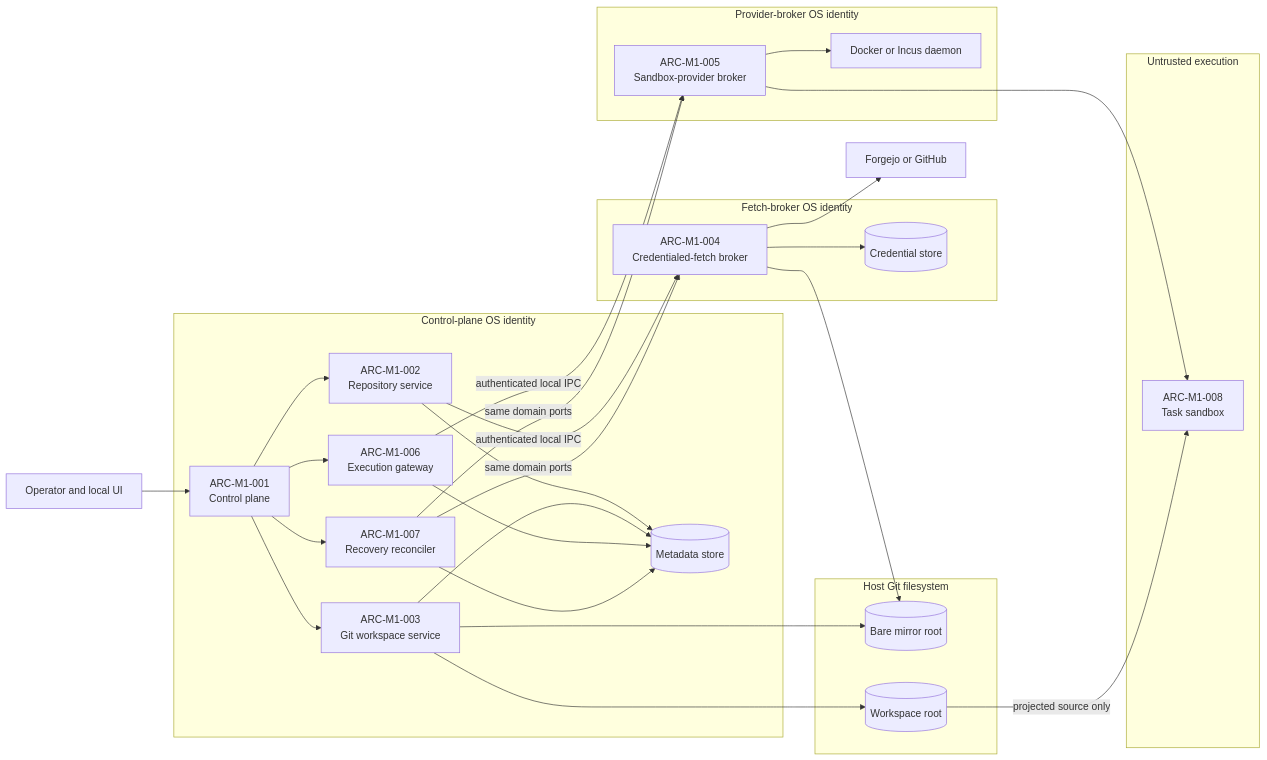
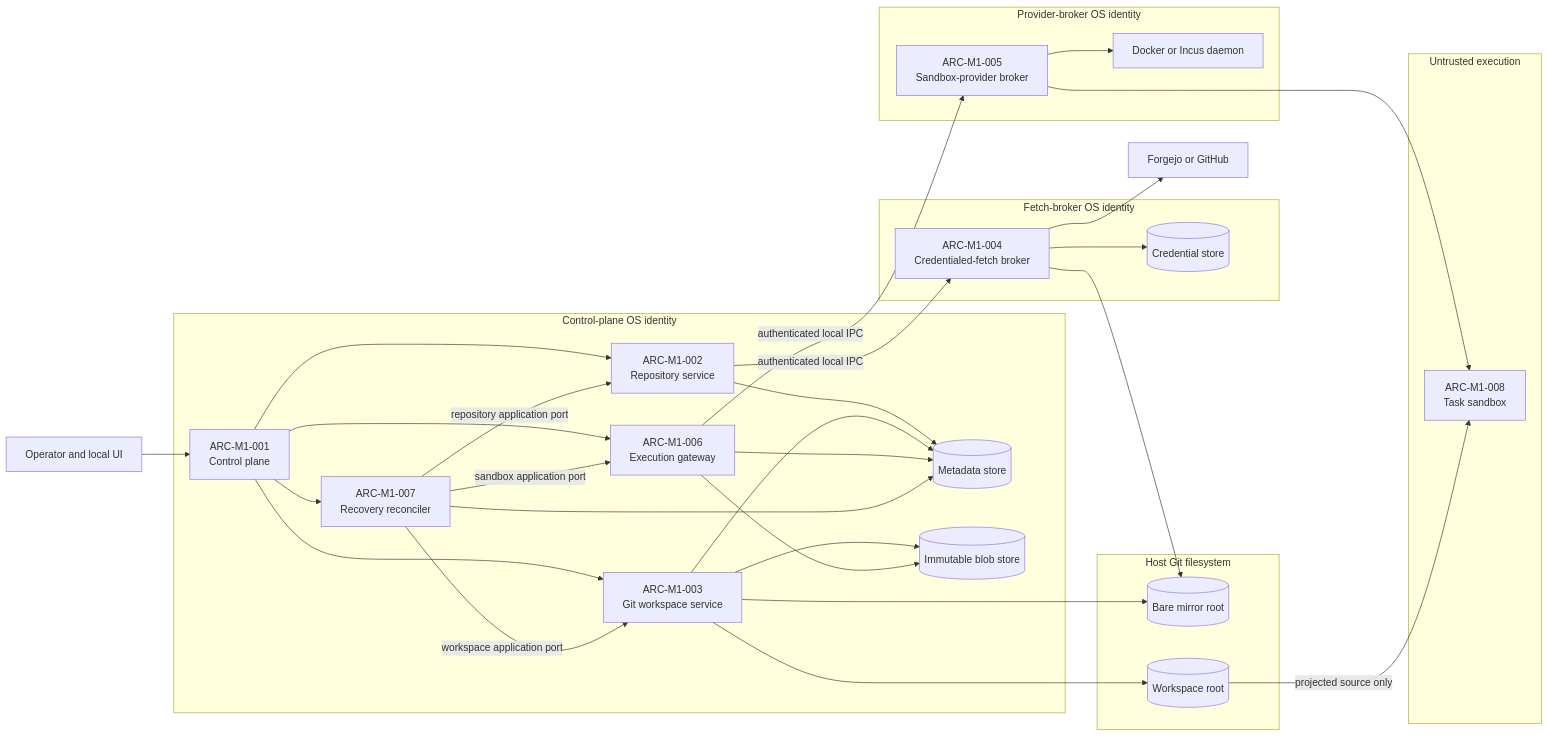
The diagram in docs/architecture/boundaries-M1.md (ansami-dev/agnest), drawn with Mermaid before and after one commit. The commit also changed other lines of this file and 3 other files, not shown here.

First line of the commit message:
docs: address architecture review findings

````diff
--- a/docs/architecture/boundaries-M1.md
+++ b/docs/architecture/boundaries-M1.md
@@ -24,56 +24,60 @@
 ```mermaid
 flowchart LR
     O[Operator and local UI]
 
     subgraph CP[Control-plane OS identity]
         API[ARC-M1-001<br/>Control plane]
         REPO[ARC-M1-002<br/>Repository service]
         GIT[ARC-M1-003<br/>Git workspace service]
         EXEC[ARC-M1-006<br/>Execution gateway]
         REC[ARC-M1-007<br/>Recovery reconciler]
         DB[(Metadata store)]
+        BLOB[(Immutable blob store)]
     end
 
     subgraph FB[Fetch-broker OS identity]
         FETCH[ARC-M1-004<br/>Credentialed-fetch broker]
         SECRET[(Credential store)]
     end
 
     subgraph PB[Provider-broker OS identity]
         PROVIDER[ARC-M1-005<br/>Sandbox-provider broker]
         DAEMON[Docker or Incus daemon]
     end
 
     subgraph FS[Host Git filesystem]
         MIRROR[(Bare mirror root)]
         WORK[(Workspace root)]
     end
 
     subgraph U[Untrusted execution]
         BOX[ARC-M1-008<br/>Task sandbox]
     end
 
     REMOTE[Forgejo or GitHub]
 
     O --> API
     API --> REPO
     API --> GIT
     API --> EXEC
     API --> REC
     REPO --> DB
     GIT --> DB
+    GIT --> BLOB
     EXEC --> DB
+    EXEC --> BLOB
     REC --> DB
     REPO -->|authenticated local IPC| FETCH
     EXEC -->|authenticated local IPC| PROVIDER
-    REC -->|same domain ports| FETCH
-    REC -->|same domain ports| PROVIDER
+    REC -->|repository application port| REPO
+    REC -->|workspace application port| GIT
+    REC -->|sandbox application port| EXEC
     FETCH --> SECRET
     FETCH --> MIRROR
     FETCH --> REMOTE
     GIT --> MIRROR
     GIT --> WORK
     PROVIDER --> DAEMON
     PROVIDER --> BOX
     WORK -->|projected source only| BOX
 ```
````
